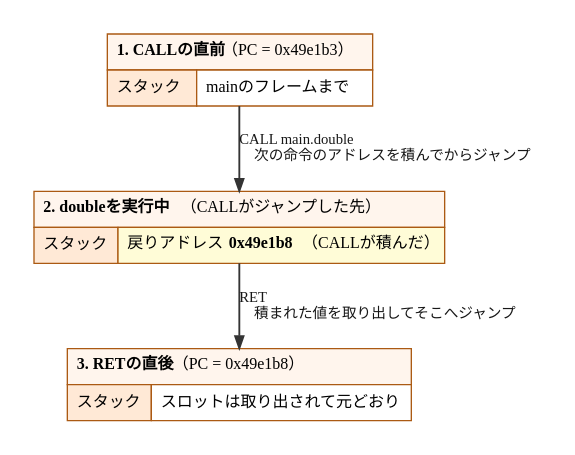
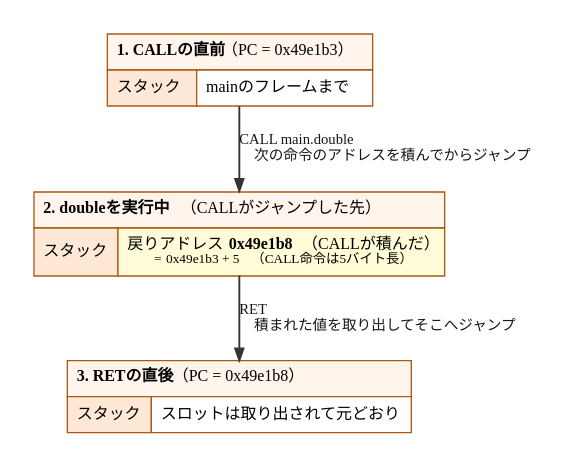
One commit to ymotongpoo/zenn.dev changed the diagram in diagrams/go-ebpf-primer/20260820-call-ret-timeline.dot. Above: the diagram before and after it, drawn with Graphviz. The commit also changed 2 other files, not shown here.

Commit message:
change(go-ebpf-primer): CALL命令が5バイト長であることの補足を図と本文に追加
戻りアドレス0x49e1b8がCALLの番地0x49e1b3と5バイトずれている理由
(CALL命令自身の長さ)を、call-ret-timelineの図の該当行と5章の
本文に明記する。

```diff
--- a/diagrams/go-ebpf-primer/20260820-call-ret-timeline.dot
+++ b/diagrams/go-ebpf-primer/20260820-call-ret-timeline.dot
@@ -1,42 +1,42 @@
 // CALLとRETによる戻りアドレスの受け渡し
 digraph call_ret_timeline {
   graph [
     fontname="IBM Plex Sans JP", fontsize=13,
     rankdir=TB, compound=true, splines=true,
     nodesep=0.5, ranksep=0.7, pad=0.25,
     bgcolor="white", newrank=true
   ];
   node [
     fontname="IBM Plex Sans JP", fontsize=12,
     shape=box, style="rounded,filled",
     fillcolor="#F1F1F1", color="#4A4A4A", penwidth=1.6,
     margin="0.2,0.14"
   ];
   edge [
     fontname="IBM Plex Sans JP", fontsize=11,
     color="#343434", penwidth=1.4, arrowsize=0.9,
     fontcolor="#171717"
   ];
   ranksep=0.55;
 
   s1 [shape=plain, style="", label=<
     <table border="0" cellborder="1" cellspacing="0" cellpadding="6" color="#AB5A13">
       <tr><td colspan="2" align="left" bgcolor="#FFF5ED"><b>1. CALLの直前</b>（PC = 0x49e1b3）</td></tr>
       <tr><td align="left" bgcolor="#FFE9D6">スタック</td><td align="left" bgcolor="#FFFFFF">mainのフレームまで</td></tr>
     </table>>];
 
   s2 [shape=plain, style="", label=<
     <table border="0" cellborder="1" cellspacing="0" cellpadding="6" color="#AB5A13">
       <tr><td colspan="2" align="left" bgcolor="#FFF5ED"><b>2. doubleを実行中</b>（CALLがジャンプした先）</td></tr>
-      <tr><td align="left" bgcolor="#FFE9D6">スタック</td><td align="left" bgcolor="#FFFCD7">戻りアドレス <font face="JetBrains Mono"><b>0x49e1b8</b></font>（CALLが積んだ）</td></tr>
+      <tr><td align="left" bgcolor="#FFE9D6">スタック</td><td align="left" bgcolor="#FFFCD7">戻りアドレス <font face="JetBrains Mono"><b>0x49e1b8</b></font>（CALLが積んだ）<br align="left"/><font point-size="10">= <font face="JetBrains Mono">0x49e1b3 + 5</font>（CALL命令は5バイト長）</font></td></tr>
     </table>>];
 
   s3 [shape=plain, style="", label=<
     <table border="0" cellborder="1" cellspacing="0" cellpadding="6" color="#AB5A13">
       <tr><td colspan="2" align="left" bgcolor="#FFF5ED"><b>3. RETの直後</b>（PC = 0x49e1b8）</td></tr>
       <tr><td align="left" bgcolor="#FFE9D6">スタック</td><td align="left" bgcolor="#FFFFFF">スロットは取り出されて元どおり</td></tr>
     </table>>];
 
   s1 -> s2 [label=" CALL main.double\l 　次の命令のアドレスを積んでからジャンプ\l"];
   s2 -> s3 [label=" RET\l 　積まれた値を取り出してそこへジャンプ\l"];
 }
```
